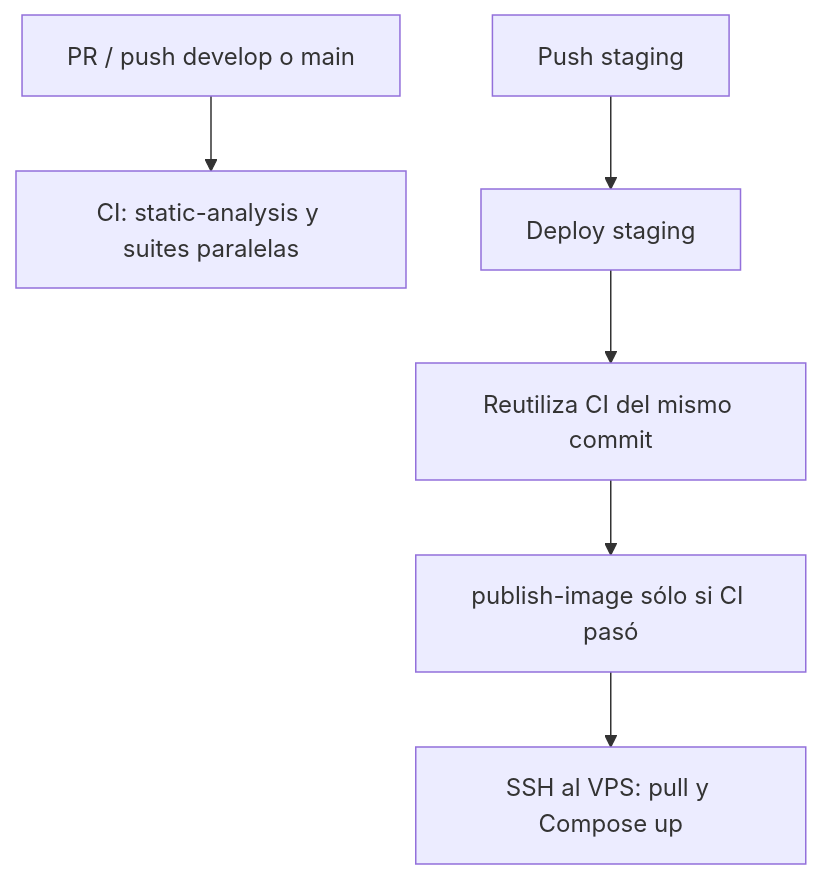
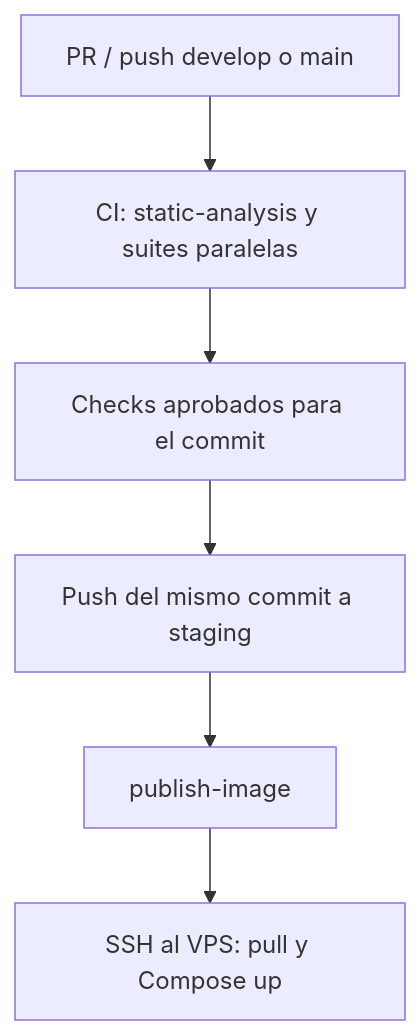
One commit to TypeItOrg/bemol-api changed the diagram in docs/INTEGRACION-CONTINUA.md. Above: the diagram before and after it, drawn with Mermaid. The commit also changed other lines of this file and 2 other files, not shown here.

Commit message:
ci(staging): deploy commits validated on develop

````diff
--- a/docs/INTEGRACION-CONTINUA.md
+++ b/docs/INTEGRACION-CONTINUA.md
@@ -23,8 +35,8 @@
 ```mermaid
 flowchart TD
     PR[PR / push develop o main] --> CI[CI: static-analysis y suites paralelas]
-    ST[Push staging] --> DS[Deploy staging]
-    DS --> RC[Reutiliza CI del mismo commit]
-    RC --> PI[publish-image sólo si CI pasó]
+    CI --> G[Checks aprobados para el commit]
+    G --> ST[Push del mismo commit a staging]
+    ST --> PI[publish-image]
     PI --> DEP[SSH al VPS: pull y Compose up]
 ```
````
